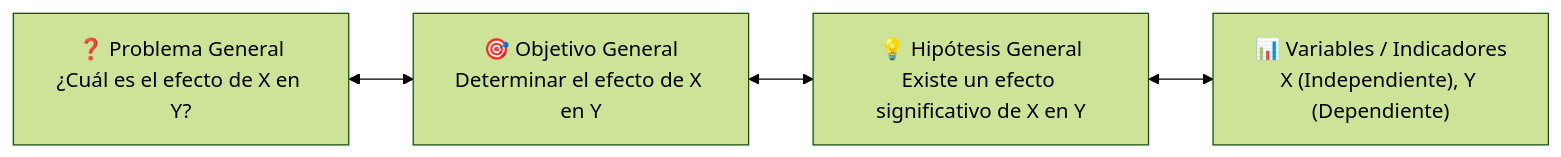
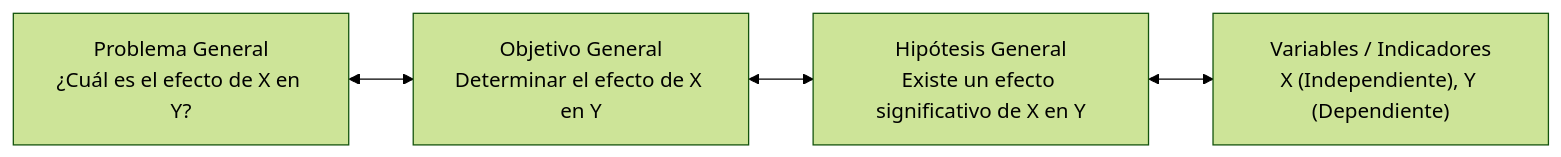
The diagram in docs/guides/methodology.md (oscarbol09/thesisforge), drawn with Mermaid (forest theme) before and after one commit. The commit also changed other lines of this file and 18 other files, not shown here.

````diff
--- a/docs/guides/methodology.md
+++ b/docs/guides/methodology.md
@@ -11,6 +11,6 @@
 ```mermaid
 graph LR
-    P["❓ Problema General\n¿Cuál es el efecto de X en Y?"] <--> O["🎯 Objetivo General\nDeterminar el efecto de X en Y"]
-    O <--> H["💡 Hipótesis General\nExiste un efecto significativo de X en Y"]
-    H <--> V["📊 Variables / Indicadores\nX (Independiente), Y (Dependiente)"]
+    P["Problema General\n¿Cuál es el efecto de X en Y?"] <--> O["Objetivo General\nDeterminar el efecto de X en Y"]
+    O <--> H["Hipótesis General\nExiste un efecto significativo de X en Y"]
+    H <--> V["Variables / Indicadores\nX (Independiente), Y (Dependiente)"]
 ```
````
